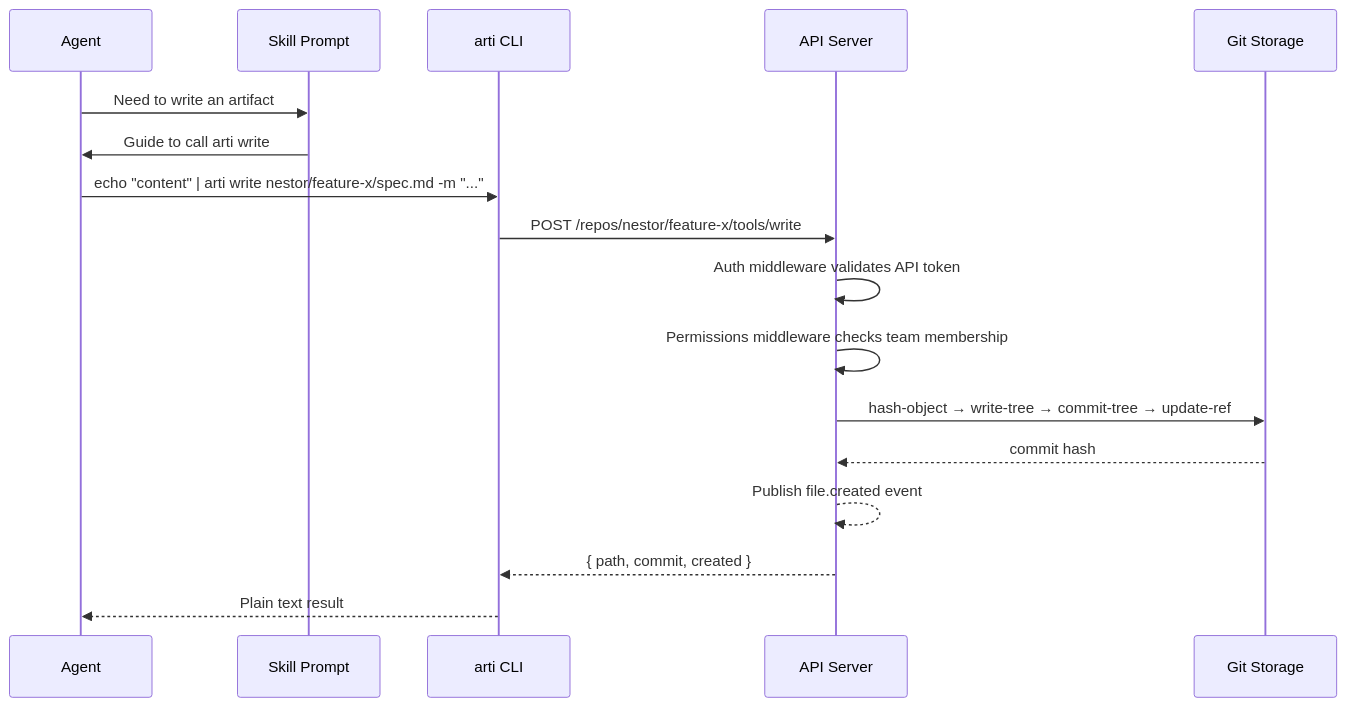
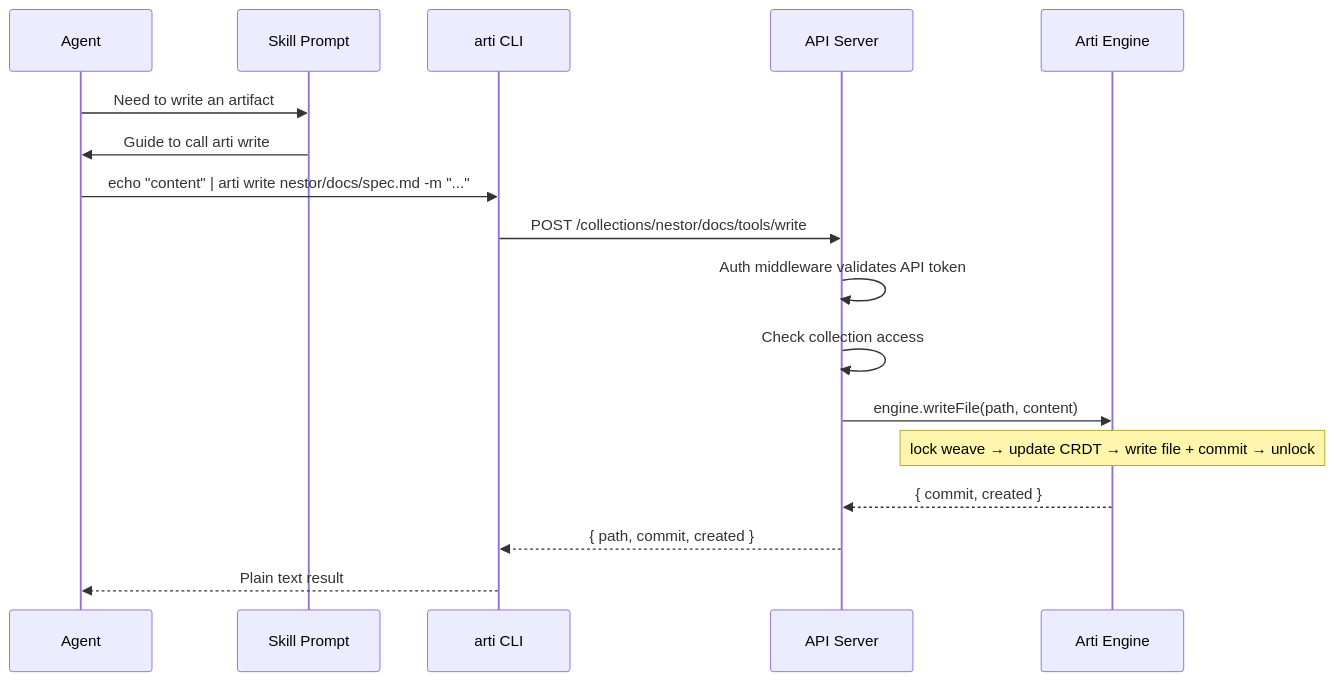
One commit to glance2life/openarti changed the fifth of 11 diagrams in design.md. Above: the diagram before and after it, drawn with Mermaid. The commit also changed other lines of this file and 162 other files, not shown here.

First line of the commit message:
refactor: 从 git-repo 架构重构为 collection/artifact 架构

````diff
--- a/design.md
+++ b/design.md
@@ -285,20 +271,20 @@
 ```mermaid
 sequenceDiagram
     participant A as Agent
     participant S as Skill Prompt
     participant CLI as arti CLI
     participant API as API Server
-    participant Git as Git Storage
+    participant Arti as Arti Engine
 
     A->>S: Need to write an artifact
     S->>A: Guide to call arti write
-    A->>CLI: echo "content" | arti write nestor/feature-x/spec.md -m "..."
-    CLI->>API: POST /repos/nestor/feature-x/tools/write
+    A->>CLI: echo "content" | arti write nestor/docs/spec.md -m "..."
+    CLI->>API: POST /collections/nestor/docs/tools/write
     API->>API: Auth middleware validates API token
-    API->>API: Permissions middleware checks team membership
-    API->>Git: hash-object → write-tree → commit-tree → update-ref
-    Git-->>API: commit hash
-    API-->>API: Publish file.created event
+    API->>API: Check collection access
+    API->>Arti: engine.writeFile(path, content)
+    Note over Arti: lock weave → update CRDT → write file + commit → unlock
+    Arti-->>API: { commit, created }
     API-->>CLI: { path, commit, created }
     CLI-->>A: Plain text result
 ```
````
